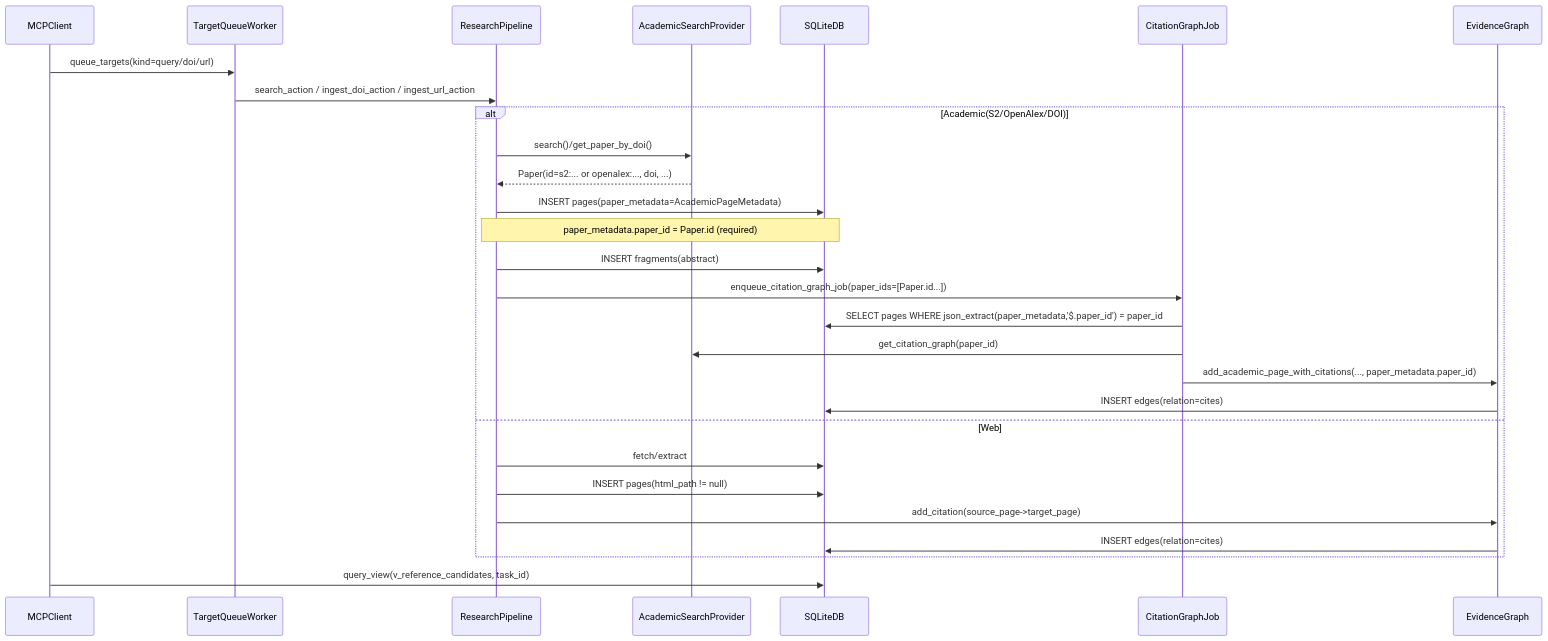
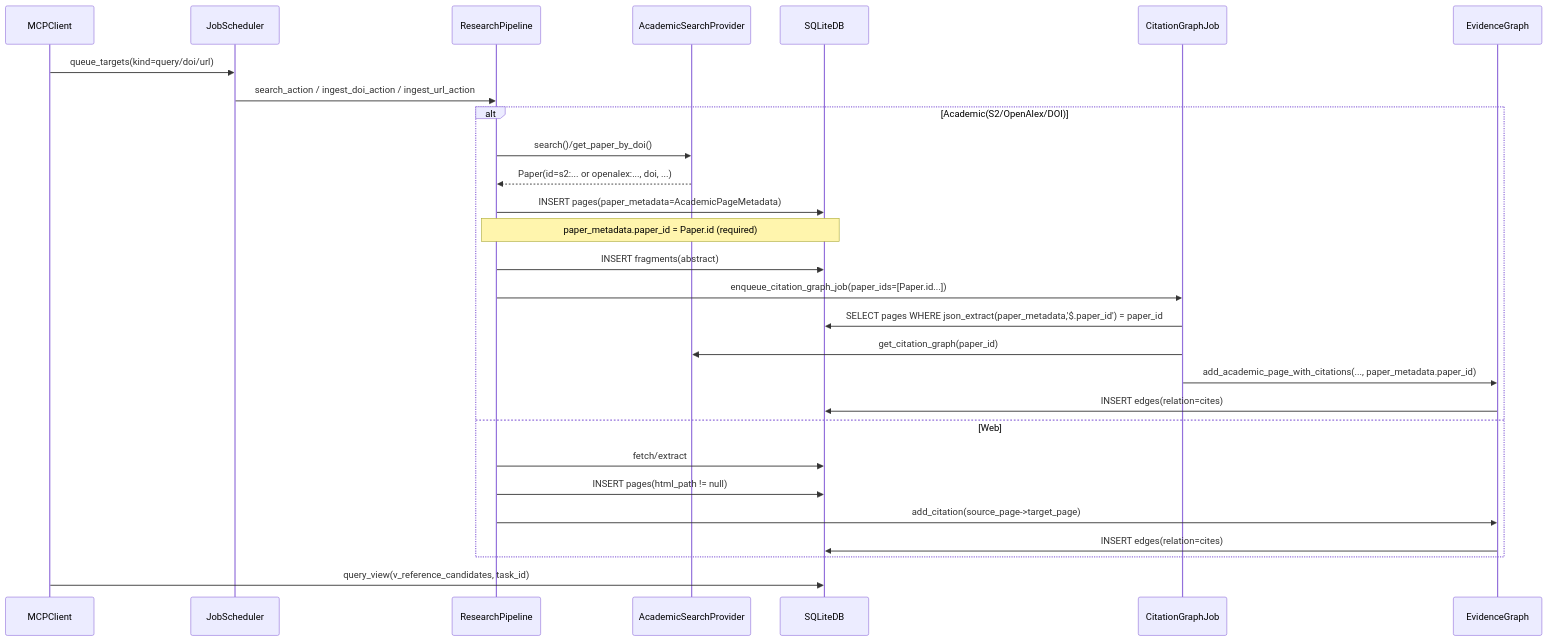
The diagram in docs/sequences/academic_citation_graph_integration.md (k-shibuki/lyra), drawn with Mermaid before and after one commit. The commit also changed 3 other files, not shown here.

First line of the commit message:
docs: update ADRs and sequences for JobScheduler unification

````diff
--- a/docs/sequences/academic_citation_graph_integration.md
+++ b/docs/sequences/academic_citation_graph_integration.md
@@ -10,33 +10,33 @@
 ```mermaid
 sequenceDiagram
   participant MCP as MCPClient
-  participant TQ as TargetQueueWorker
+  participant JS as JobScheduler
   participant PL as ResearchPipeline
   participant AAP as AcademicSearchProvider
   participant DB as SQLiteDB
   participant CG as CitationGraphJob
   participant EG as EvidenceGraph
 
-  MCP->>TQ: queue_targets(kind=query/doi/url)
-  TQ->>PL: search_action / ingest_doi_action / ingest_url_action
+  MCP->>JS: queue_targets(kind=query/doi/url)
+  JS->>PL: search_action / ingest_doi_action / ingest_url_action
 
   alt Academic(S2/OpenAlex/DOI)
     PL->>AAP: search()/get_paper_by_doi()
     AAP-->>PL: Paper(id=s2:... or openalex:..., doi, ...)
     PL->>DB: INSERT pages(paper_metadata=AcademicPageMetadata)
     Note over PL,DB: paper_metadata.paper_id = Paper.id (required)
     PL->>DB: INSERT fragments(abstract)
     PL->>CG: enqueue_citation_graph_job(paper_ids=[Paper.id...])
     CG->>DB: SELECT pages WHERE json_extract(paper_metadata,'$.paper_id') = paper_id
     CG->>AAP: get_citation_graph(paper_id)
     CG->>EG: add_academic_page_with_citations(..., paper_metadata.paper_id)
     EG->>DB: INSERT edges(relation=cites)
   else Web
     PL->>DB: fetch/extract
     PL->>DB: INSERT pages(html_path != null)
     PL->>EG: add_citation(source_page->target_page)
     EG->>DB: INSERT edges(relation=cites)
   end
 
   MCP->>DB: query_view(v_reference_candidates, task_id)
 ```
````
